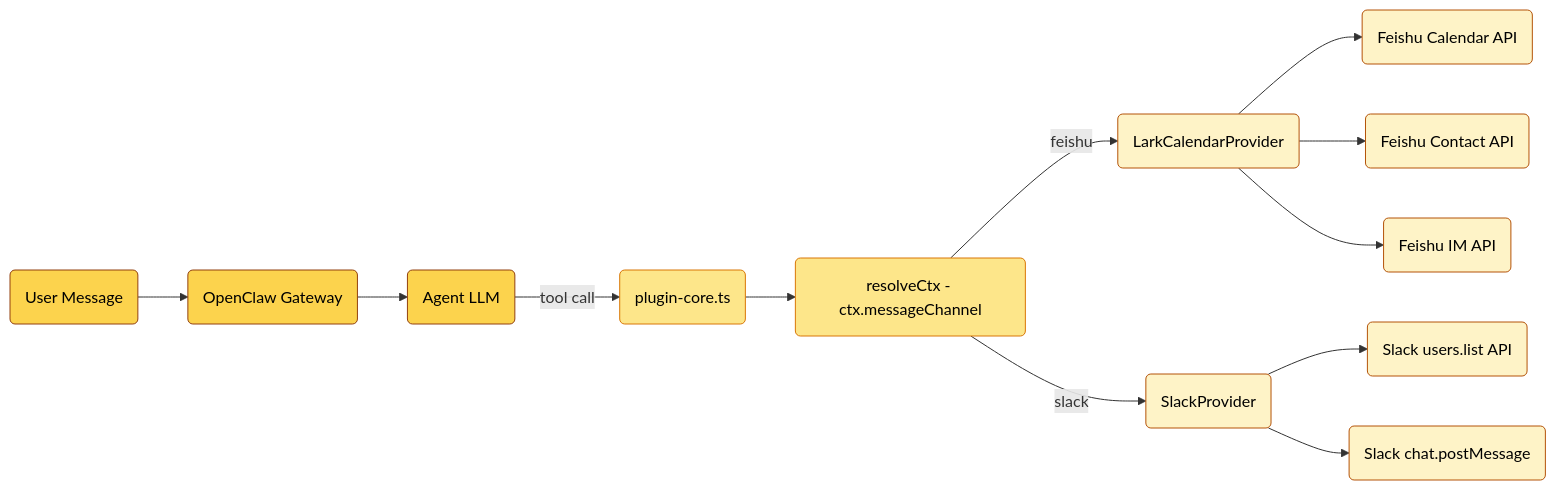
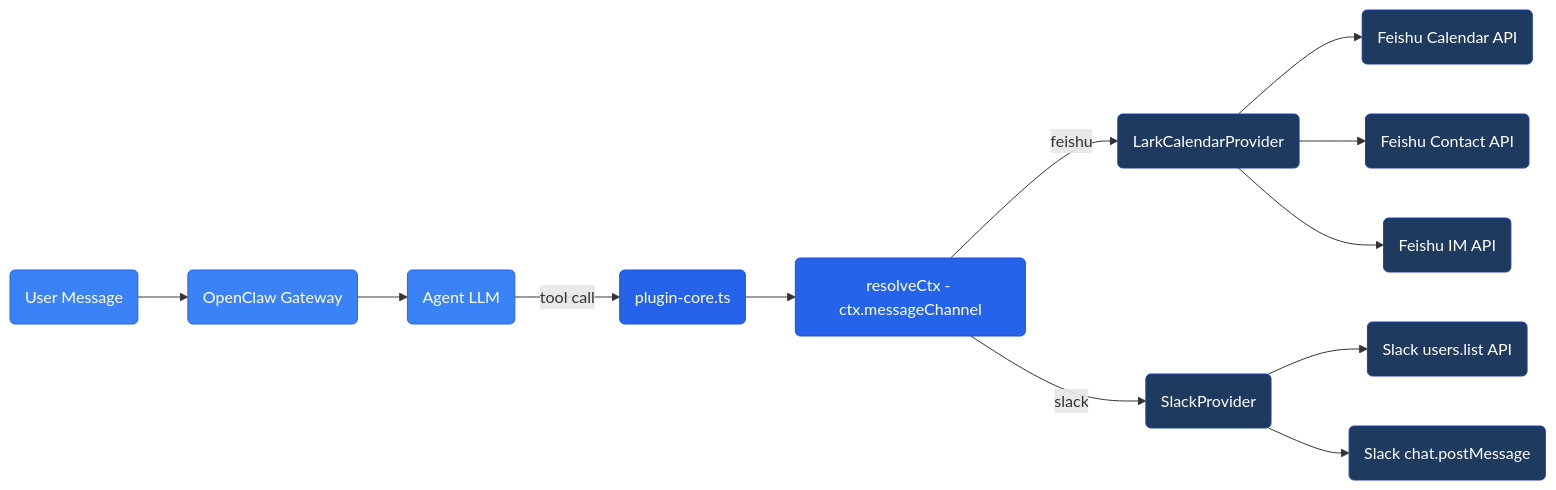
Before and after one commit to javana3/claw_meeting_all: the second of 13 diagrams in README.md, drawn with Mermaid. The commit also changed other lines of this file, not shown here.

Commit message:
Modernize diagrams with blue tech color scheme

````diff
--- a/README.md
+++ b/README.md
@@ -71,27 +71,27 @@
 ```mermaid
 graph LR
     MSG(User Message) --> GW(OpenClaw Gateway)
     GW --> AGENT(Agent LLM)
     AGENT -->|tool call| CORE(plugin-core.ts)
     CORE --> CTX(resolveCtx - ctx.messageChannel)
     CTX -->|feishu| LP(LarkCalendarProvider)
     CTX -->|slack| SP(SlackProvider)
     LP --> LAPI(Feishu Calendar API)
     LP --> LDIR(Feishu Contact API)
     LP --> LDM(Feishu IM API)
     SP --> SDIR(Slack users.list API)
     SP --> SDM(Slack chat.postMessage)
 
-    style CTX fill:#fde68a,stroke:#d97706,color:#000
-    style LP fill:#fef3c7,stroke:#b45309,color:#000
-    style SP fill:#fef3c7,stroke:#b45309,color:#000
-    style MSG fill:#fcd34d,stroke:#92400e,color:#000
-    style GW fill:#fcd34d,stroke:#92400e,color:#000
-    style AGENT fill:#fcd34d,stroke:#92400e,color:#000
-    style CORE fill:#fde68a,stroke:#d97706,color:#000
-    style LAPI fill:#fef3c7,stroke:#b45309,color:#000
-    style LDIR fill:#fef3c7,stroke:#b45309,color:#000
-    style LDM fill:#fef3c7,stroke:#b45309,color:#000
-    style SDIR fill:#fef3c7,stroke:#b45309,color:#000
-    style SDM fill:#fef3c7,stroke:#b45309,color:#000
+    style CTX fill:#2563eb,stroke:#1d4ed8,color:#fff
+    style LP fill:#1e3a5f,stroke:#1e40af,color:#fff
+    style SP fill:#1e3a5f,stroke:#1e40af,color:#fff
+    style MSG fill:#3b82f6,stroke:#2563eb,color:#fff
+    style GW fill:#3b82f6,stroke:#2563eb,color:#fff
+    style AGENT fill:#3b82f6,stroke:#2563eb,color:#fff
+    style CORE fill:#2563eb,stroke:#1d4ed8,color:#fff
+    style LAPI fill:#1e3a5f,stroke:#1e40af,color:#fff
+    style LDIR fill:#1e3a5f,stroke:#1e40af,color:#fff
+    style LDM fill:#1e3a5f,stroke:#1e40af,color:#fff
+    style SDIR fill:#1e3a5f,stroke:#1e40af,color:#fff
+    style SDM fill:#1e3a5f,stroke:#1e40af,color:#fff
 ```
````
